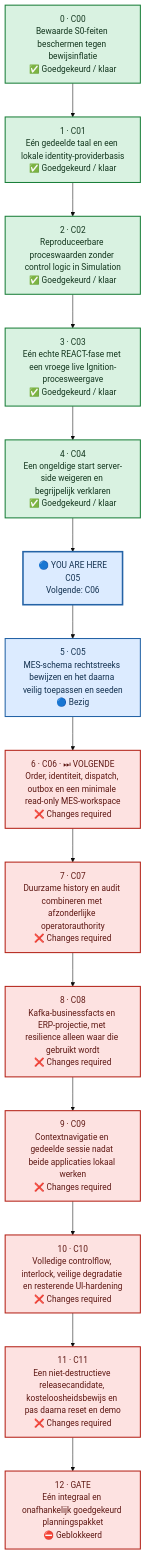
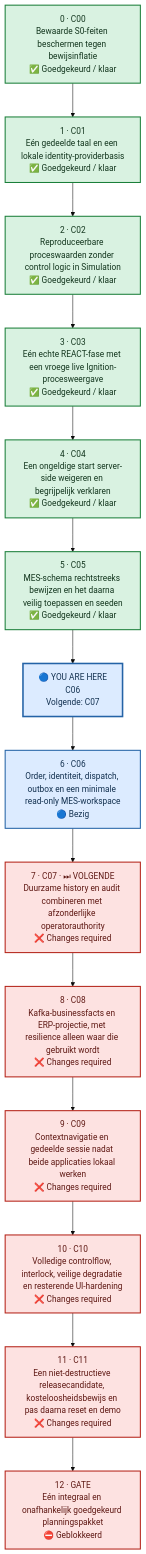
The second of 2 diagrams in README.md (Jandesch91/n1-bioforge-requirements-cockpit), drawn with Mermaid (base theme) before and after one commit. The commit also changed other lines of this file and 3 other files, not shown here.

````diff
--- a/README.md
+++ b/README.md
@@ -50,41 +50,41 @@
 ```mermaid
 %%{init: {"flowchart": {"curve": "linear", "nodeSpacing": 55, "rankSpacing": 65, "htmlLabels": true}}}%%
 flowchart TB
     %% One vertical lane: order is explicit and no dependency arrows cross.
     chunk_0["0 · C00<br/>Bewaarde S0-feiten beschermen tegen bewijsinflatie<br/>✅ Goedgekeurd / klaar"]
     chunk_1["1 · C01<br/>Eén gedeelde taal en een lokale identity-providerbasis<br/>✅ Goedgekeurd / klaar"]
     chunk_2["2 · C02<br/>Reproduceerbare proceswaarden zonder control logic in Simulation<br/>✅ Goedgekeurd / klaar"]
     chunk_3["3 · C03<br/>Eén echte REACT-fase met een vroege live Ignition-procesweergave<br/>✅ Goedgekeurd / klaar"]
     chunk_4["4 · C04<br/>Een ongeldige start server-side weigeren en begrijpelijk verklaren<br/>✅ Goedgekeurd / klaar"]
-    chunk_5["5 · C05<br/>MES-schema rechtstreeks bewijzen en het daarna veilig toepassen en seeden<br/>🔵 Bezig"]
-    chunk_6["6 · C06 · ⏭ VOLGENDE<br/>Order, identiteit, dispatch, outbox en een minimale read-only MES-workspace<br/>❌ Changes required"]
-    chunk_7["7 · C07<br/>Duurzame history en audit combineren met afzonderlijke operatorauthority<br/>❌ Changes required"]
+    chunk_5["5 · C05<br/>MES-schema rechtstreeks bewijzen en het daarna veilig toepassen en seeden<br/>✅ Goedgekeurd / klaar"]
+    chunk_6["6 · C06<br/>Order, identiteit, dispatch, outbox en een minimale read-only MES-workspace<br/>🔵 Bezig"]
+    chunk_7["7 · C07 · ⏭ VOLGENDE<br/>Duurzame history en audit combineren met afzonderlijke operatorauthority<br/>❌ Changes required"]
     chunk_8["8 · C08<br/>Kafka-businessfacts en ERP-projectie, met resilience alleen waar die gebruikt wordt<br/>❌ Changes required"]
     chunk_9["9 · C09<br/>Contextnavigatie en gedeelde sessie nadat beide applicaties lokaal werken<br/>❌ Changes required"]
     chunk_10["10 · C10<br/>Volledige controlflow, interlock, veilige degradatie en resterende UI-hardening<br/>❌ Changes required"]
     chunk_11["11 · C11<br/>Een niet-destructieve releasecandidate, kosteloosheidsbewijs en pas daarna reset en demo<br/>❌ Changes required"]
     chunk_12["12 · GATE<br/>Eén integraal en onafhankelijk goedgekeurd planningspakket<br/>⛔ Geblokkeerd"]
-    current_marker["🔵 YOU ARE HERE<br/>C05<br/>Volgende: C06"]
-    chunk_0 --> chunk_1 --> chunk_2 --> chunk_3 --> chunk_4 --> current_marker --> chunk_5 --> chunk_6 --> chunk_7 --> chunk_8 --> chunk_9 --> chunk_10 --> chunk_11 --> chunk_12
+    current_marker["🔵 YOU ARE HERE<br/>C06<br/>Volgende: C07"]
+    chunk_0 --> chunk_1 --> chunk_2 --> chunk_3 --> chunk_4 --> chunk_5 --> current_marker --> chunk_6 --> chunk_7 --> chunk_8 --> chunk_9 --> chunk_10 --> chunk_11 --> chunk_12
     classDef approved fill:#D9F2E1,stroke:#1B7F3A,color:#12351D,stroke-width:2px
     classDef inprogress fill:#DCEBFF,stroke:#2463A6,color:#12304F,stroke-width:2px
     classDef human fill:#FFF2BF,stroke:#A66B00,color:#4D3300,stroke-width:2px
     classDef changes fill:#FDE2E1,stroke:#B42318,color:#5D1712,stroke-width:2px
     classDef blocked fill:#FDE2E1,stroke:#B42318,color:#5D1712,stroke-width:2px
     classDef notstarted fill:#F2F4F7,stroke:#667085,color:#344054,stroke-width:2px
     classDef current fill:#DCEBFF,stroke:#2463A6,color:#12304F,stroke-width:3px
     class chunk_0 approved
     class chunk_1 approved
     class chunk_2 approved
     class chunk_3 approved
     class chunk_4 approved
-    class chunk_5 inprogress
-    class chunk_6 changes
+    class chunk_5 approved
+    class chunk_6 inprogress
     class chunk_7 changes
     class chunk_8 changes
     class chunk_9 changes
     class chunk_10 changes
     class chunk_11 changes
     class chunk_12 blocked
     class current_marker current
 ```
````
